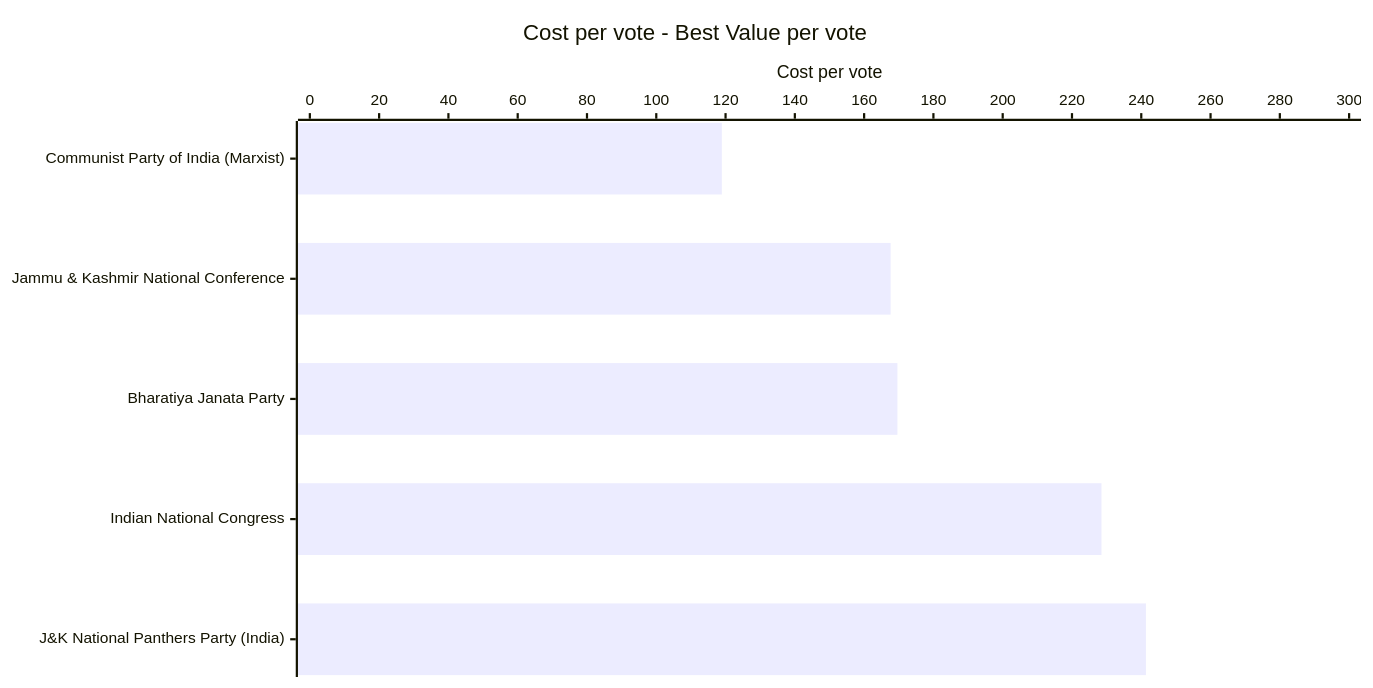
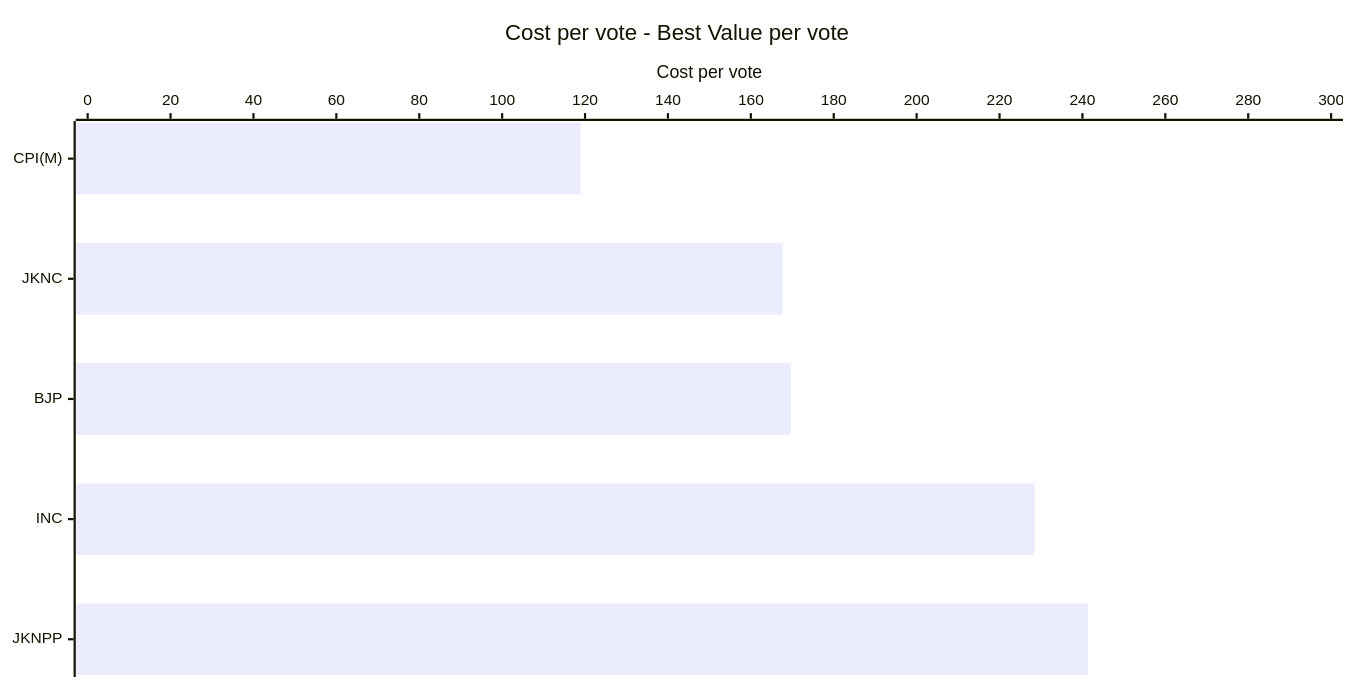
Diagram 18 of 19 in J&K-GRAPH.md (arjunswaj/elections), drawn with Mermaid before and after one commit. The commit also changed other lines of this file, not shown here.

Commit message:
Update the graph titles

````diff
--- a/J&K-GRAPH.md
+++ b/J&K-GRAPH.md
@@ -350,14 +350,14 @@
 ```mermaid
 ---
 config:
     xyChart:
         width: 1200
         height: 600
         chartOrientation: horizontal
 ---
 xychart-beta
     title "Cost per vote - Best Value per vote"
-    x-axis ["Communist Party of India  (Marxist)", "Jammu & Kashmir National Conference", "Bharatiya Janata Party", "Indian National Congress", "J&K National Panthers Party (India)"]
+    x-axis ["CPI(M)", "JKNC", "BJP", "INC", "JKNPP"]
     y-axis "Cost per vote" 0 --> 300
     bar [118.9273, 167.6462, 169.6045, 228.5158, 241.3455]
 ```
````
